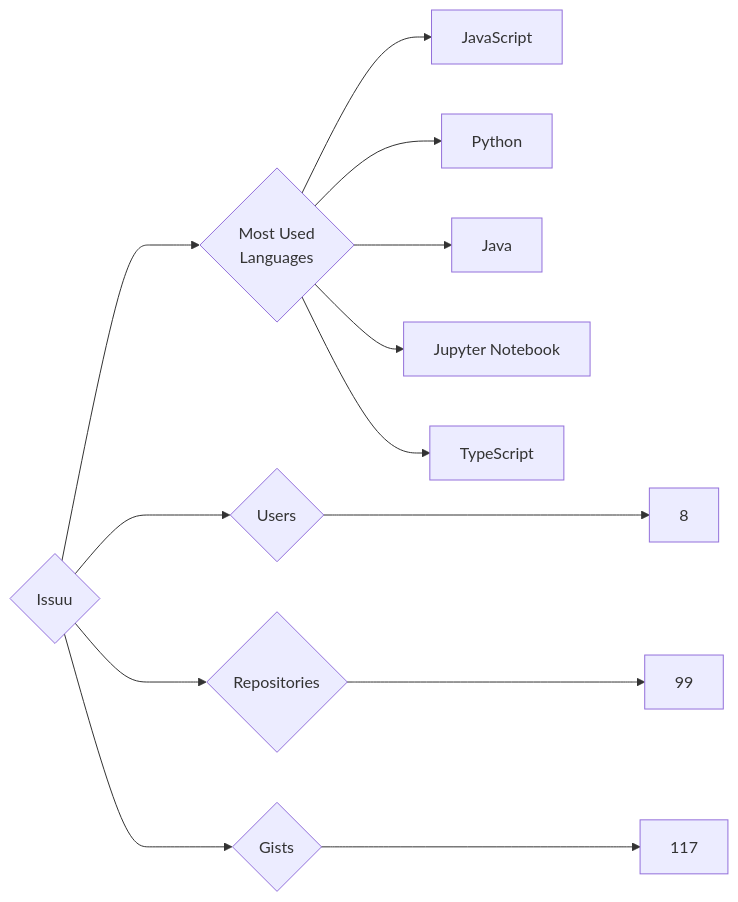
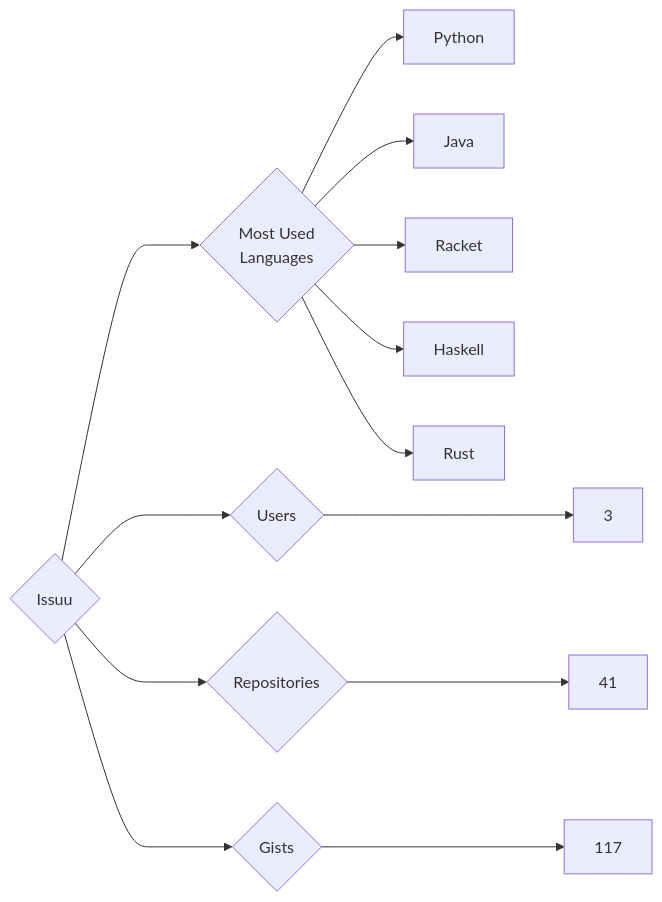
One commit to trickest/insiders changed the diagram in targets/Issuu/README.md. Above: the diagram before and after it, drawn with Mermaid. The commit also changed 644 other files, not shown here.

````diff
--- a/targets/Issuu/README.md
+++ b/targets/Issuu/README.md
@@ -3,13 +3,13 @@
 ```mermaid
 graph LR
 COMPANY_NAME{Issuu}
-COMPANY_NAME ---> U{Users} ---> UN[8]
-COMPANY_NAME ---> R{Repositories} ---> RN[99]
+COMPANY_NAME ---> U{Users} ---> UN[3]
+COMPANY_NAME ---> R{Repositories} ---> RN[41]
 COMPANY_NAME ---> G{Gists} ---> GN[117]
 COMPANY_NAME ---> ML{Most Used<br>Languages}
-ML --> JavaScript[JavaScript]
 ML --> Python[Python]
 ML --> Java[Java]
-ML --> Jupyter_Notebook[Jupyter Notebook]
-ML --> TypeScript[TypeScript]
+ML --> Racket[Racket]
+ML --> Haskell[Haskell]
+ML --> Rust[Rust]
 ```
````
